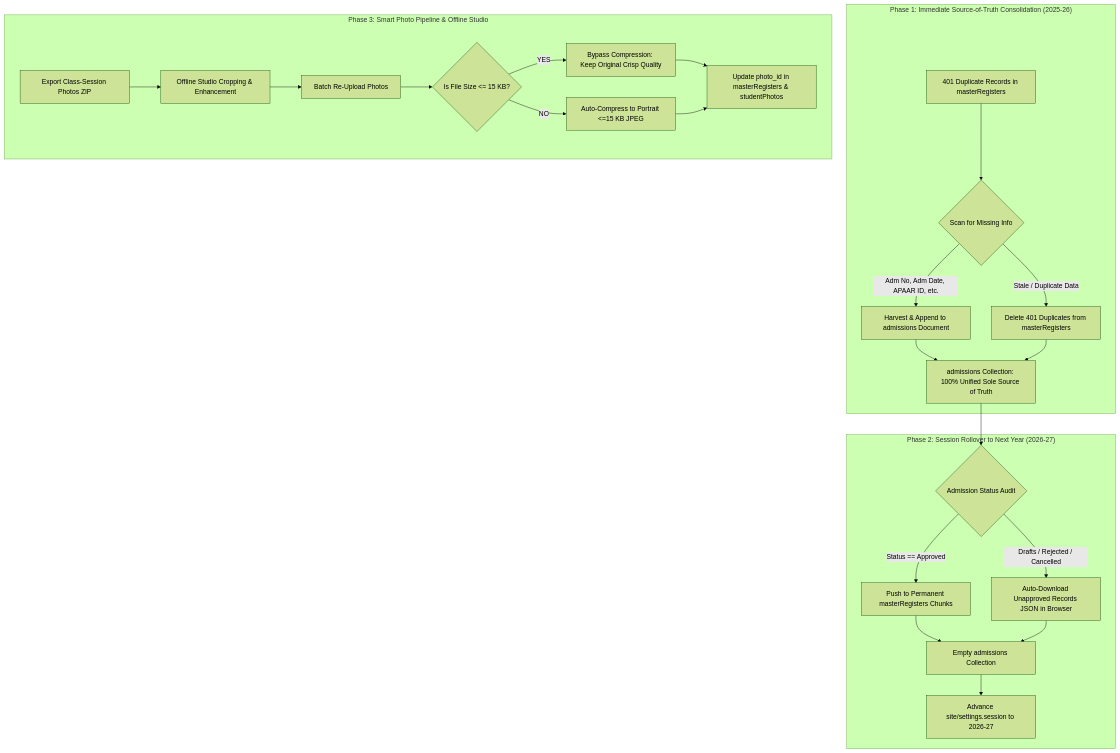
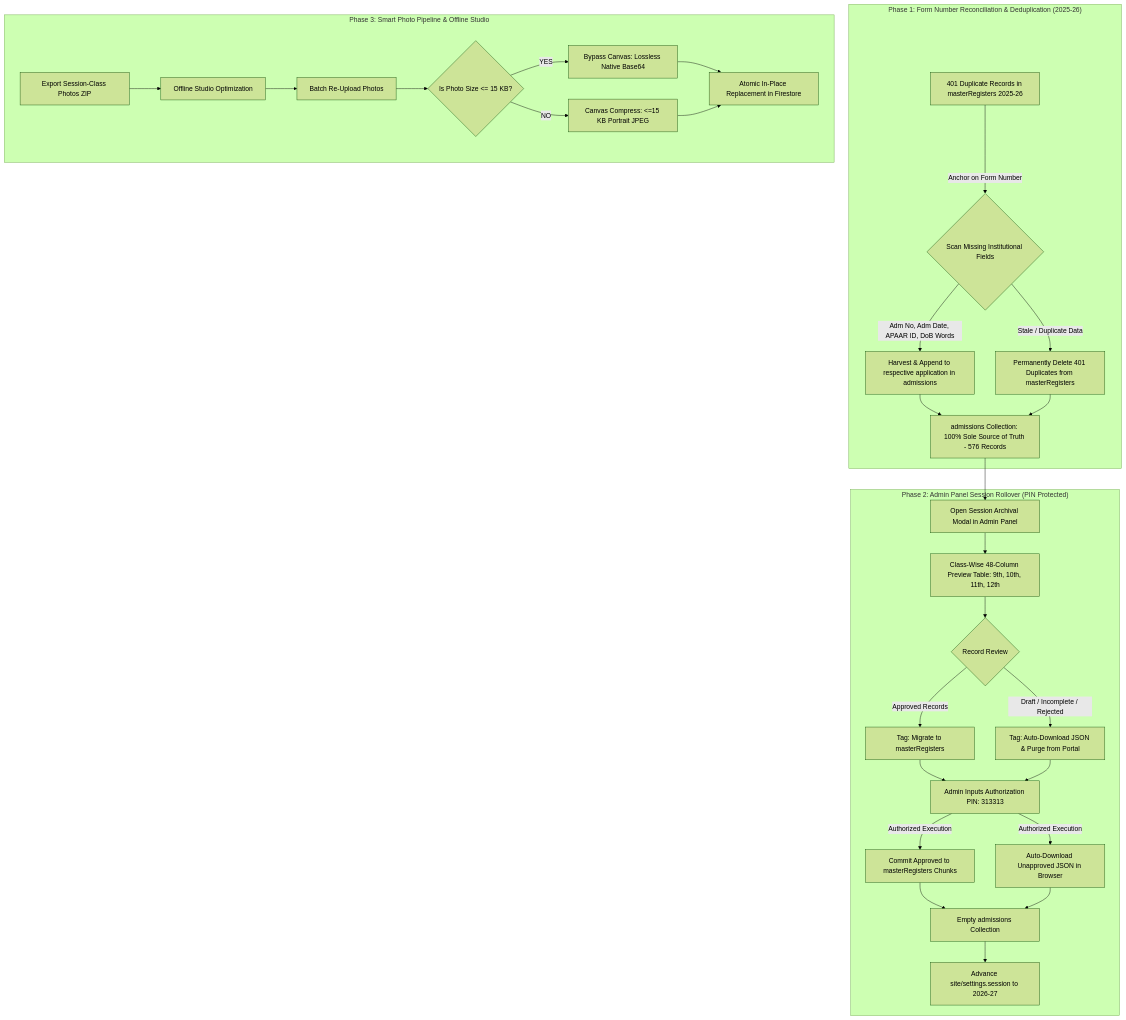
Before and after one commit to admexamhssshangus-dot/hss.shangus_website: the first of 2 diagrams in docs/SESSION_ROLL_AND_PHOTO_PIPELINE_PLAN.md, drawn with Mermaid (forest theme). The commit also changed other lines of this file and 1 other file, not shown here.

Commit message:
fix(admin-tools): eliminate duplicate export controls in database backup tab and update session roll plan with pin 313313 and form-number matching

````diff
--- a/docs/SESSION_ROLL_AND_PHOTO_PIPELINE_PLAN.md
+++ b/docs/SESSION_ROLL_AND_PHOTO_PIPELINE_PLAN.md
@@ -13,29 +16,35 @@
 ```mermaid
 graph TD
-    subgraph CurrentSessionClean["Phase 1: Immediate Source-of-Truth Consolidation (2025-26)"]
-        A[401 Duplicate Records in masterRegisters] --> B{Scan for Missing Info}
-        B -->|Adm No, Adm Date, APAAR ID, etc.| C[Harvest & Append to admissions Document]
-        B -->|Stale / Duplicate Data| D[Delete 401 Duplicates from masterRegisters]
-        C --> E[admissions Collection: 100% Unified Sole Source of Truth]
+    subgraph Phase1["Phase 1: Form Number Reconciliation & Deduplication (2025-26)"]
+        A[401 Duplicate Records in masterRegisters 2025-26] -->|Anchor on Form Number| B{Scan Missing Institutional Fields}
+        B -->|Adm No, Adm Date, APAAR ID, DoB Words| C[Harvest & Append to respective application in admissions]
+        B -->|Stale / Duplicate Data| D[Permanently Delete 401 Duplicates from masterRegisters]
+        C --> E[admissions Collection: 100% Sole Source of Truth - 576 Records]
         D --> E
     end
 
-    subgraph RolloverExecution["Phase 2: Session Rollover to Next Year (2026-27)"]
-        E --> F{Admission Status Audit}
-        F -->|Status == Approved| G[Push to Permanent masterRegisters Chunks]
-        F -->|Drafts / Rejected / Cancelled| H[Auto-Download Unapproved Records JSON in Browser]
-        G --> I[Empty admissions Collection]
-        H --> I
-        I --> J[Advance site/settings.session to 2026-27]
+    subgraph Phase2["Phase 2: Admin Panel Session Rollover (PIN Protected)"]
+        E --> F[Open Session Archival Modal in Admin Panel]
+        F --> G[Class-Wise 48-Column Preview Table: 9th, 10th, 11th, 12th]
+        G --> H{Record Review}
+        H -->|Approved Records| I[Tag: Migrate to masterRegisters]
+        H -->|Draft / Incomplete / Rejected| J[Tag: Auto-Download JSON & Purge from Portal]
+        I --> K[Admin Inputs Authorization PIN: 313313]
+        J --> K
+        K -->|Authorized Execution| L[Commit Approved to masterRegisters Chunks]
+        K -->|Authorized Execution| M[Auto-Download Unapproved JSON in Browser]
+        L --> N[Empty admissions Collection]
+        M --> N
+        N --> O[Advance site/settings.session to 2026-27]
     end
 
-    subgraph PhotoPipeline["Phase 3: Smart Photo Pipeline & Offline Studio"]
-        K[Export Class-Session Photos ZIP] --> L[Offline Studio Cropping & Enhancement]
-        L --> M[Batch Re-Upload Photos]
-        M --> N{Is File Size <= 15 KB?}
-        N -->|YES| O[Bypass Compression: Keep Original Crisp Quality]
-        N -->|NO| P[Auto-Compress to Portrait <=15 KB JPEG]
-        O --> Q[Update photo_id in masterRegisters & studentPhotos]
-        P --> Q
+    subgraph Phase3["Phase 3: Smart Photo Pipeline & Offline Studio"]
+        P[Export Session-Class Photos ZIP] --> Q[Offline Studio Optimization]
+        Q --> R[Batch Re-Upload Photos]
+        R --> S{Is Photo Size <= 15 KB?}
+        S -->|YES| T[Bypass Canvas: Lossless Native Base64]
+        S -->|NO| U[Canvas Compress: <=15 KB Portrait JPEG]
+        T --> V[Atomic In-Place Replacement in Firestore]
+        U --> V
     end
 ```
````
